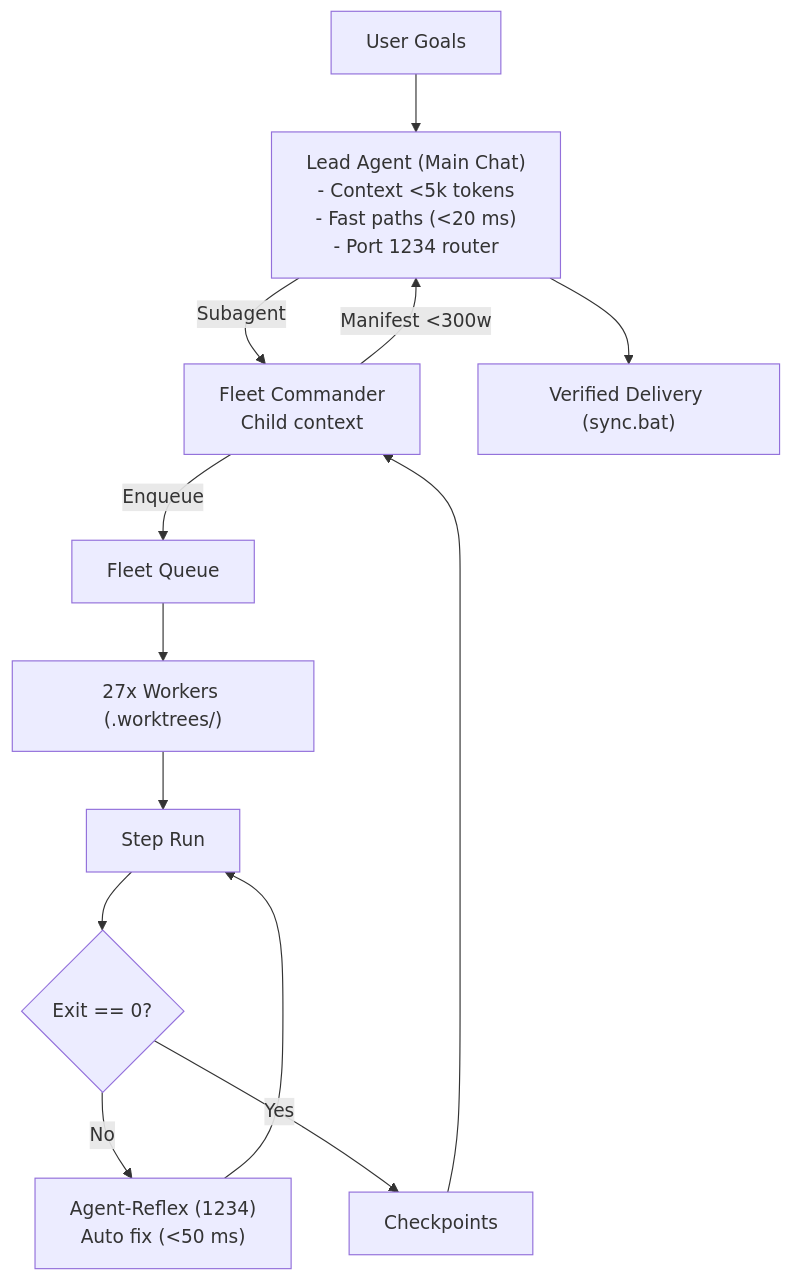
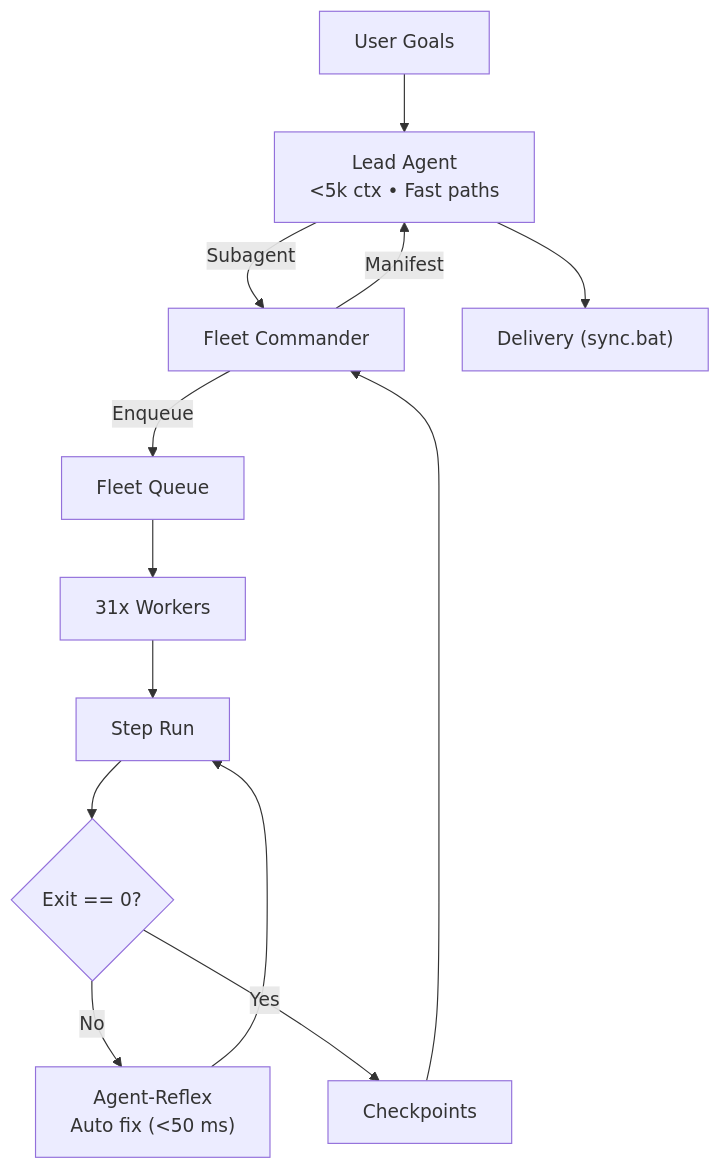
Before and after one commit to Aaradhya-Dev-Tamrakar/Agent-Customization-Sync: the diagram in .github/prompts/adaptive-workflow.prompt.md, drawn with Mermaid. The commit also changed other lines of this file and 31 other files, not shown here.

Commit message:
feat(sync): project chat-archiver nth-turn focus and fellowship three-layer framework

````diff
--- a/.github/prompts/adaptive-workflow.prompt.md
+++ b/.github/prompts/adaptive-workflow.prompt.md
@@ -13,13 +13,13 @@
 ```mermaid
 flowchart TD
-    User["User Goals"] --> Lead["Lead Agent (Main Chat)\n- Context <5k tokens\n- Fast paths (<20 ms)\n- Port 1234 router"]
-    Lead -->|"Subagent"| Cmdr["Fleet Commander\nChild context"]
+    User["User Goals"] --> Lead["Lead Agent\n<5k ctx • Fast paths"]
+    Lead -->|"Subagent"| Cmdr["Fleet Commander"]
     Cmdr -->|"Enqueue"| Q["Fleet Queue"]
-    Q --> W["27x Workers (.worktrees/<task_id>)"]
+    Q --> W["31x Workers"]
     W --> Exec["Step Run"]
     Exec --> Err{"Exit == 0?"}
-    Err -- No --> Reflex["Agent-Reflex (1234)\nAuto fix (<50 ms)"]
+    Err -- No --> Reflex["Agent-Reflex\nAuto fix (<50 ms)"]
     Reflex --> Exec
     Err -- Yes --> CP["Checkpoints"]
-    CP --> Cmdr -->|"Manifest <300w"| Lead --> Delivery["Verified Delivery (sync.bat)"]
+    CP --> Cmdr -->|"Manifest"| Lead --> Delivery["Delivery (sync.bat)"]
 ```
````
